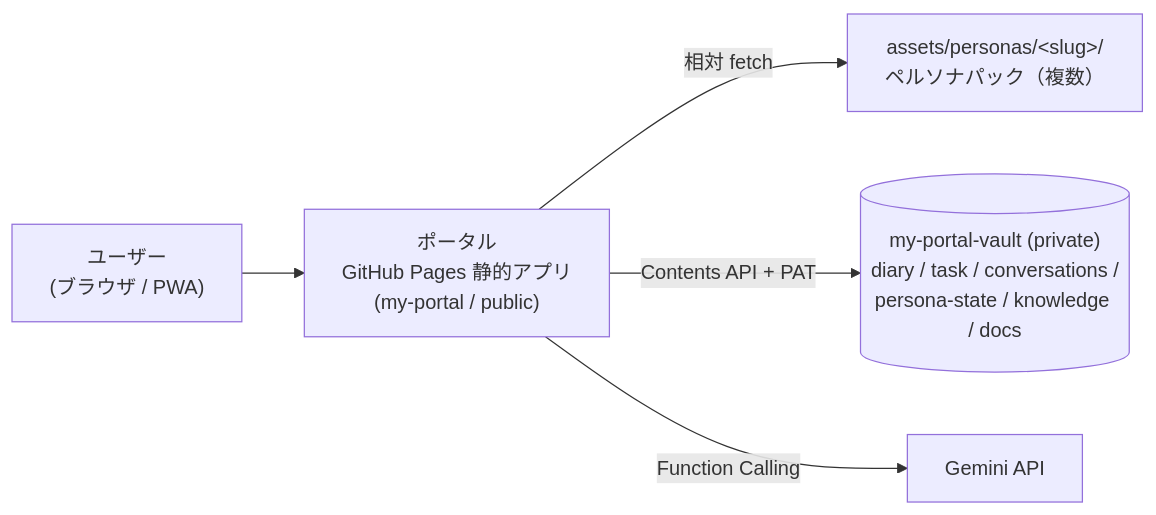
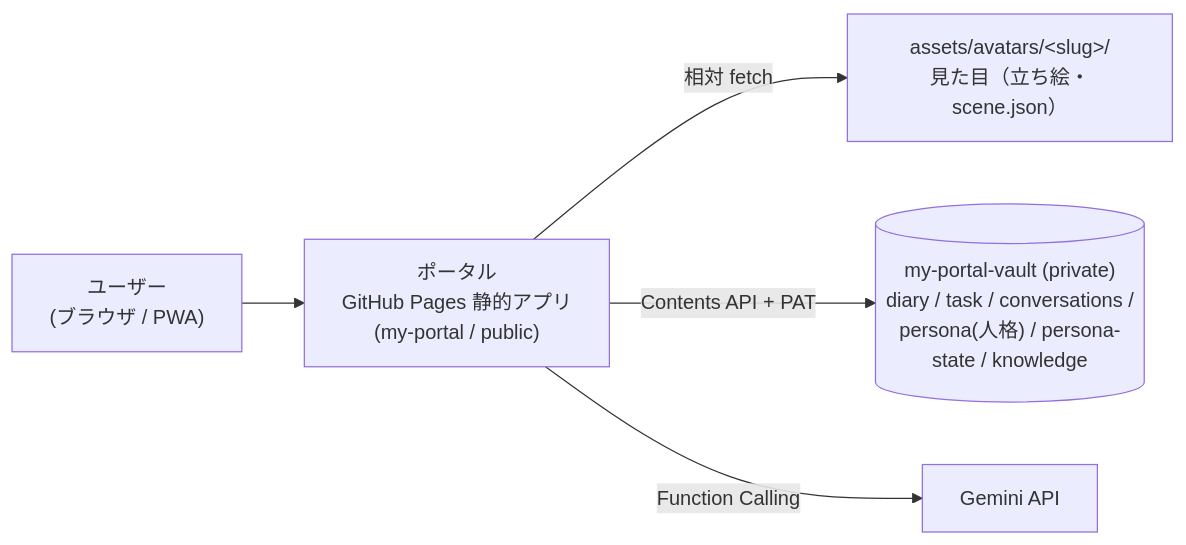
One commit to kabotyabon/my-portal changed the first of 2 diagrams in docs/architecture/README.md. Above: the diagram before and after it, drawn with Mermaid. The commit also changed other lines of this file and 45 other files, not shown here.

First line of the commit message:
人格をvaultへ移し見た目(assets/avatars)と分離、デモモードを削除

````diff
--- a/docs/architecture/README.md
+++ b/docs/architecture/README.md
@@ -10,7 +10,7 @@
 ```mermaid
 graph LR
   U["ユーザー<br>(ブラウザ / PWA)"] --> P["ポータル<br>GitHub Pages 静的アプリ<br>(my-portal / public)"]
-  P -- "相対 fetch" --> PA["assets/personas/&lt;slug&gt;/<br>ペルソナパック（複数）"]
-  P -- "Contents API + PAT" --> V[("my-portal-vault (private)<br>diary / task / conversations /<br>persona-state / knowledge / docs")]
+  P -- "相対 fetch" --> PA["assets/avatars/&lt;slug&gt;/<br>見た目（立ち絵・scene.json）"]
+  P -- "Contents API + PAT" --> V[("my-portal-vault (private)<br>diary / task / conversations /<br>persona(人格) / persona-state / knowledge")]
   P -- "Function Calling" --> G["Gemini API"]
 ```
````
